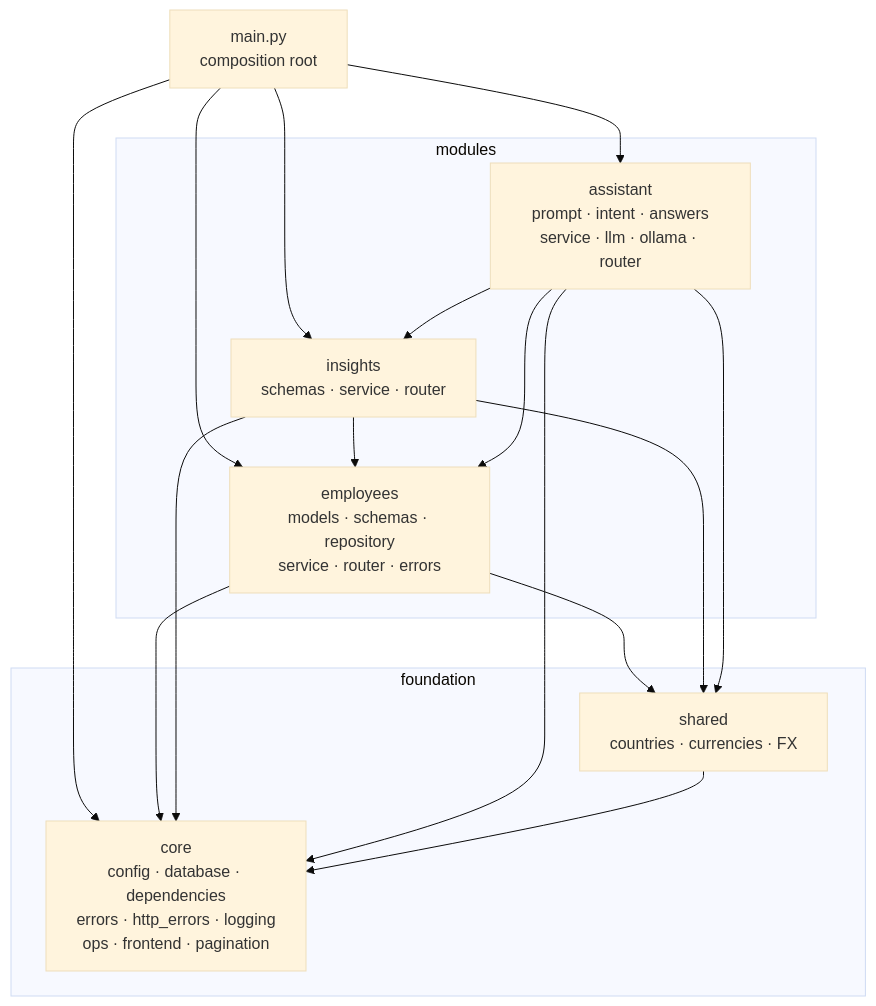
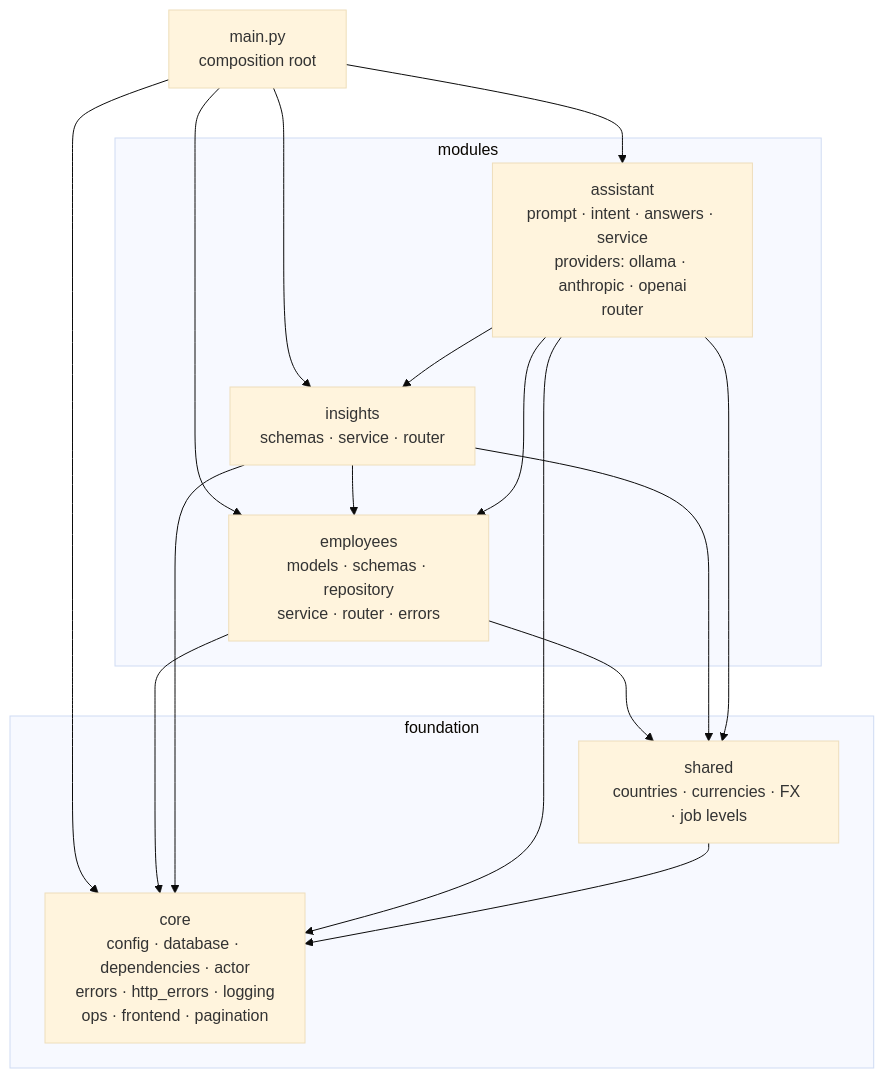
One commit to ManishgandotraCoder/acme changed the second of 4 diagrams in docs/ARCHITECTURE.md. Above: the diagram before and after it, drawn with Mermaid (base theme). The commit also changed other lines of this file and 7 other files, not shown here.

First line of the commit message:
docs: salary intelligence: ADR 0008, architecture, AI usage, demo

````diff
--- a/docs/ARCHITECTURE.md
+++ b/docs/ARCHITECTURE.md
@@ -22,21 +22,21 @@
 ```mermaid
 flowchart TB
     main[main.py<br/>composition root]
 
     subgraph modules
         EMP[employees<br/>models · schemas · repository<br/>service · router · errors]
         INS[insights<br/>schemas · service · router]
-        AST[assistant<br/>prompt · intent · answers<br/>service · llm · ollama · router]
+        AST[assistant<br/>prompt · intent · answers · service<br/>providers: ollama · anthropic · openai<br/>router]
     end
 
     subgraph foundation
-        CORE[core<br/>config · database · dependencies<br/>errors · http_errors · logging<br/>ops · frontend · pagination]
-        SHARED[shared<br/>countries · currencies · FX]
+        CORE[core<br/>config · database · dependencies · actor<br/>errors · http_errors · logging<br/>ops · frontend · pagination]
+        SHARED[shared<br/>countries · currencies · FX · job levels]
     end
 
     main --> EMP & INS & AST & CORE
     INS --> EMP
     AST --> EMP & INS
     EMP & INS & AST --> CORE & SHARED
     SHARED --> CORE
 ```
````
